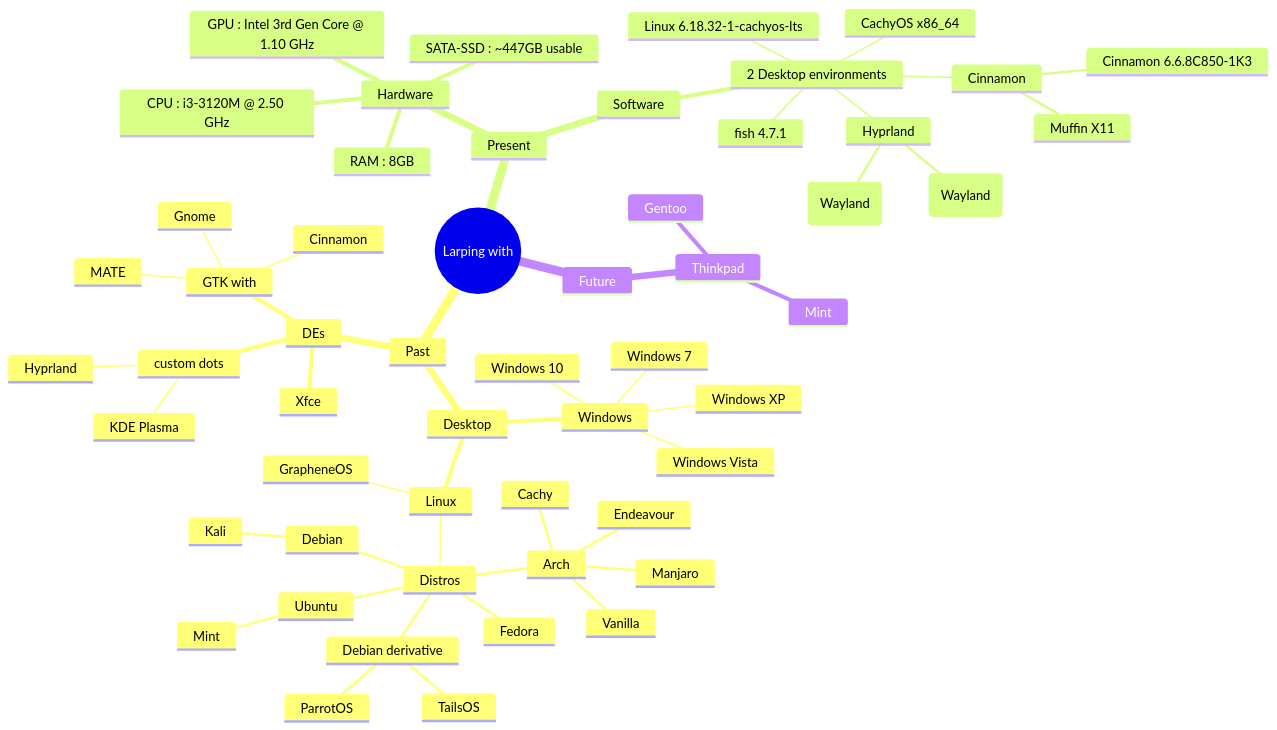
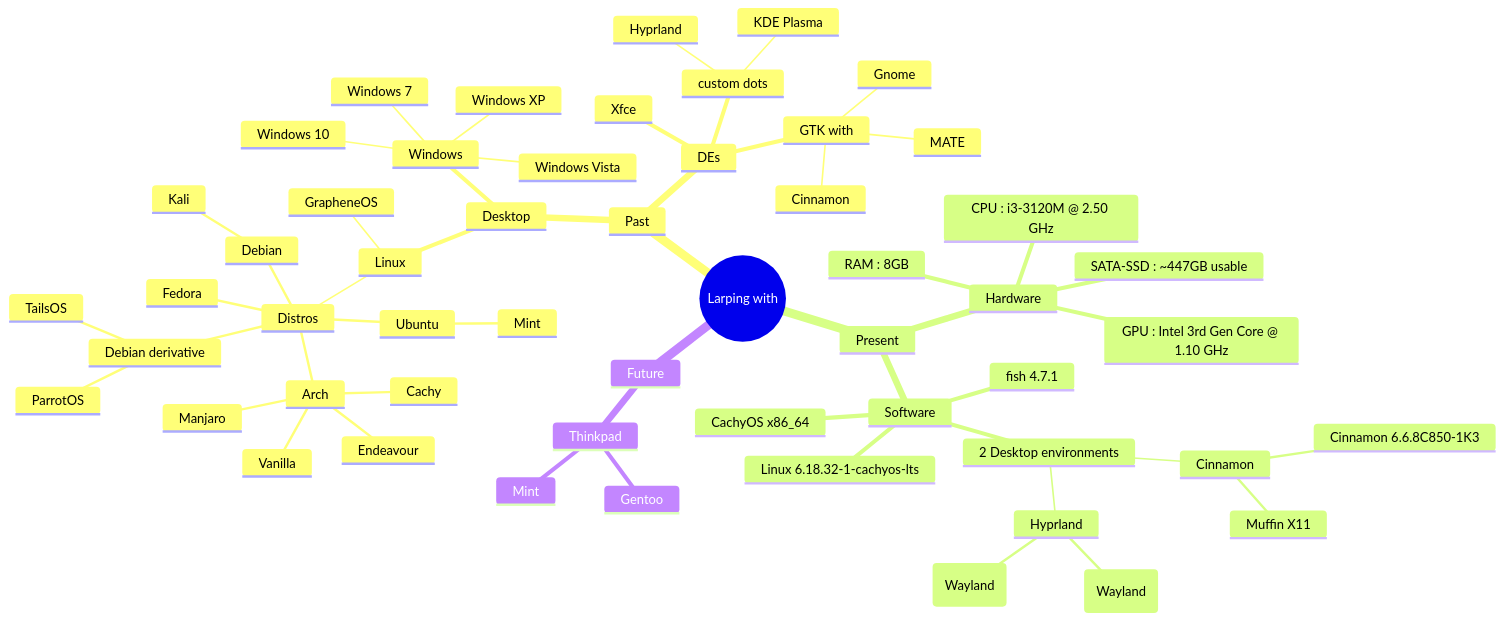
One commit to Chintanpatel24/Chintanpatel24 changed the diagram in README.md. Above: the diagram before and after it, drawn with Mermaid.

````diff
--- a/README.md
+++ b/README.md
@@ -4,58 +4,58 @@
 ```mermaid
 mindmap
 root((Larping with))
  Past
   Desktop
    Windows
     Windows 7
     Windows XP
     Windows Vista
     Windows 10
    Linux
     GrapheneOS
     Distros
      Arch
       Endeavour
       Vanilla
       Cachy
       Manjaro
      Debian
       Kali
      Ubuntu
       Mint
      Fedora
      Debian derivative
       ParrotOS
       TailsOS
   DEs
    Xfce
    custom dots
     Hyprland
     KDE Plasma
    GTK with
     Cinnamon
     Gnome
     MATE
  Present
   Hardware     
    GPU : Intel 3rd Gen Core @ 1.10 GHz
    CPU : i3-3120M @ 2.50 GHz
    RAM : 8GB
    SATA-SSD : ~447GB usable 
   Software
    2 Desktop environments
     Cinnamon 
      Muffin X11
      Cinnamon 6.6.8C850-1K3
     Hyprland
      Hyprland 0.55.2 (Wayland)
      sddm 0.21.0 (Wayland)
-    CachyOS x86_64
-    fish 4.7.1
-    Linux 6.18.32-1-cachyos-lts
+   CachyOS x86_64
+   fish 4.7.1
+   Linux 6.18.32-1-cachyos-lts
  Future
   Thinkpad
    Gentoo
    Mint
 
 ```
````
